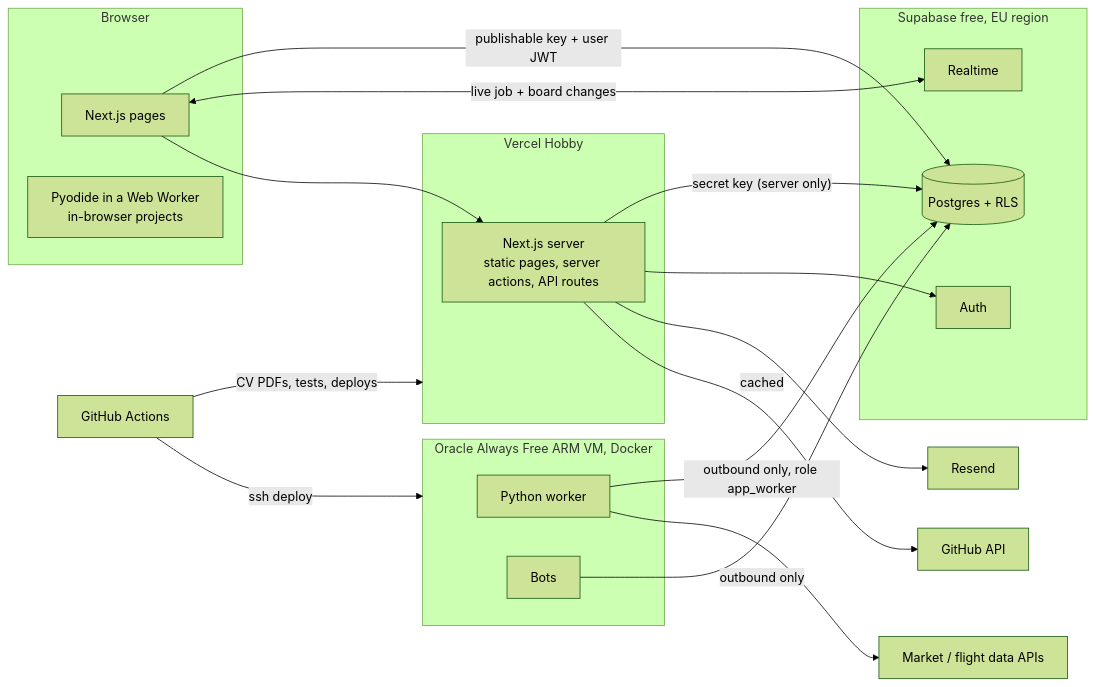
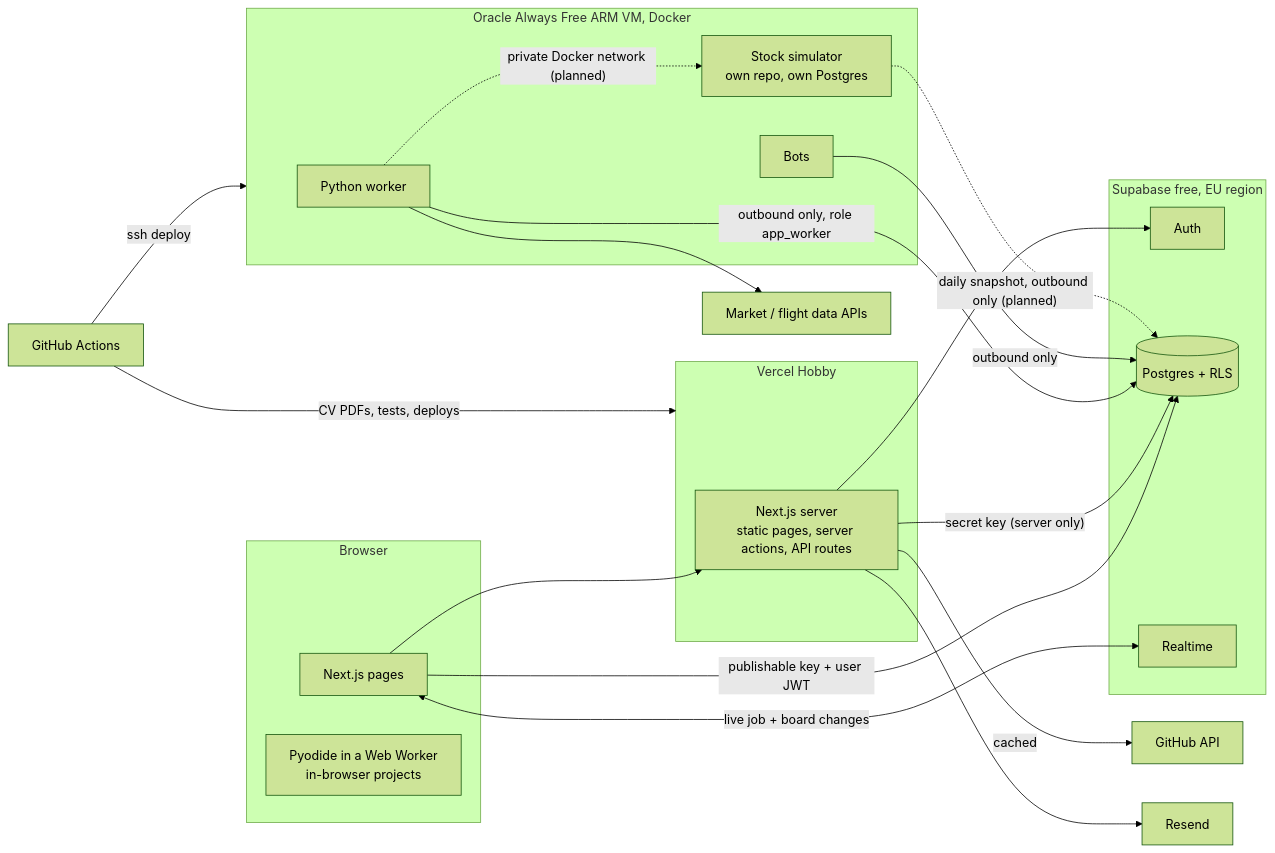
The first of 4 diagrams in docs/ARCHITECTURE.md (yashcontractor04/portfolio), drawn with Mermaid (forest theme) before and after one commit. The commit also changed other lines of this file and 17 other files, not shown here.

Commit message:
Stock simulator pages on sample data: dashboard tab, demo run, docs

````diff
--- a/docs/ARCHITECTURE.md
+++ b/docs/ARCHITECTURE.md
@@ -11,36 +11,39 @@
 ```mermaid
 flowchart LR
   subgraph Browser
     UI[Next.js pages]
     PY[Pyodide in a Web Worker<br/>in-browser projects]
   end
   subgraph Vercel[Vercel Hobby]
     WEB[Next.js server<br/>static pages, server actions, API routes]
   end
   subgraph Supabase[Supabase free, EU region]
     AUTH[Auth]
     DB[(Postgres + RLS)]
     RT[Realtime]
   end
   subgraph VM[Oracle Always Free ARM VM, Docker]
     WK[Python worker]
     BOT[Bots]
+    SIM[Stock simulator<br/>own repo, own Postgres]
   end
   GH[GitHub API]
   MAIL[Resend]
   EXT[Market / flight data APIs]
   CI[GitHub Actions]
 
   UI -- "publishable key + user JWT" --> DB
   UI <-- "live job + board changes" --> RT
   UI --> WEB
   WEB -- "secret key (server only)" --> DB
   WEB --> AUTH
   WEB --> MAIL
   WEB -- "cached" --> GH
   WK -- "outbound only, role app_worker" --> DB
   BOT -- "outbound only" --> DB
   WK --> EXT
+  WK -. "private Docker network (planned)" .-> SIM
+  SIM -. "daily snapshot, outbound only (planned)" .-> DB
   CI -- "CV PDFs, tests, deploys" --> Vercel
   CI -- "ssh deploy" --> VM
 ```
````
